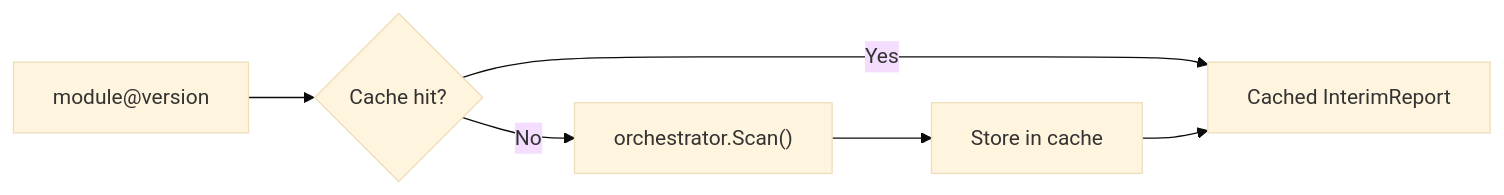
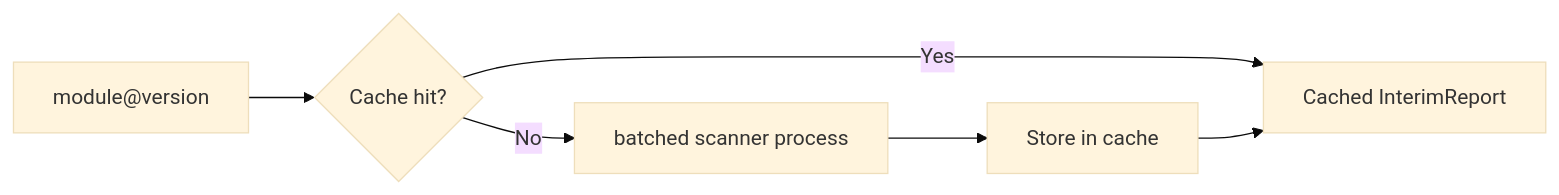
Before and after one commit to scanoss/crypto-finder: the seventh of 7 diagrams in docs/DEPENDENCY_SCANNING.md, drawn with Mermaid (base theme). The commit also changed other lines of this file and 143 other files, not shown here.

````diff
--- a/docs/DEPENDENCY_SCANNING.md
+++ b/docs/DEPENDENCY_SCANNING.md
@@ -956,8 +988,8 @@
 ```mermaid
 flowchart LR
     Dep["module@version"] --> Check{"Cache hit?"}
     Check -->|Yes| Report["Cached InterimReport"]
-    Check -->|No| Scan["orchestrator.Scan()"]
+    Check -->|No| Scan["batched scanner process"]
     Scan --> Store["Store in cache"]
     Store --> Report
 ```
````
